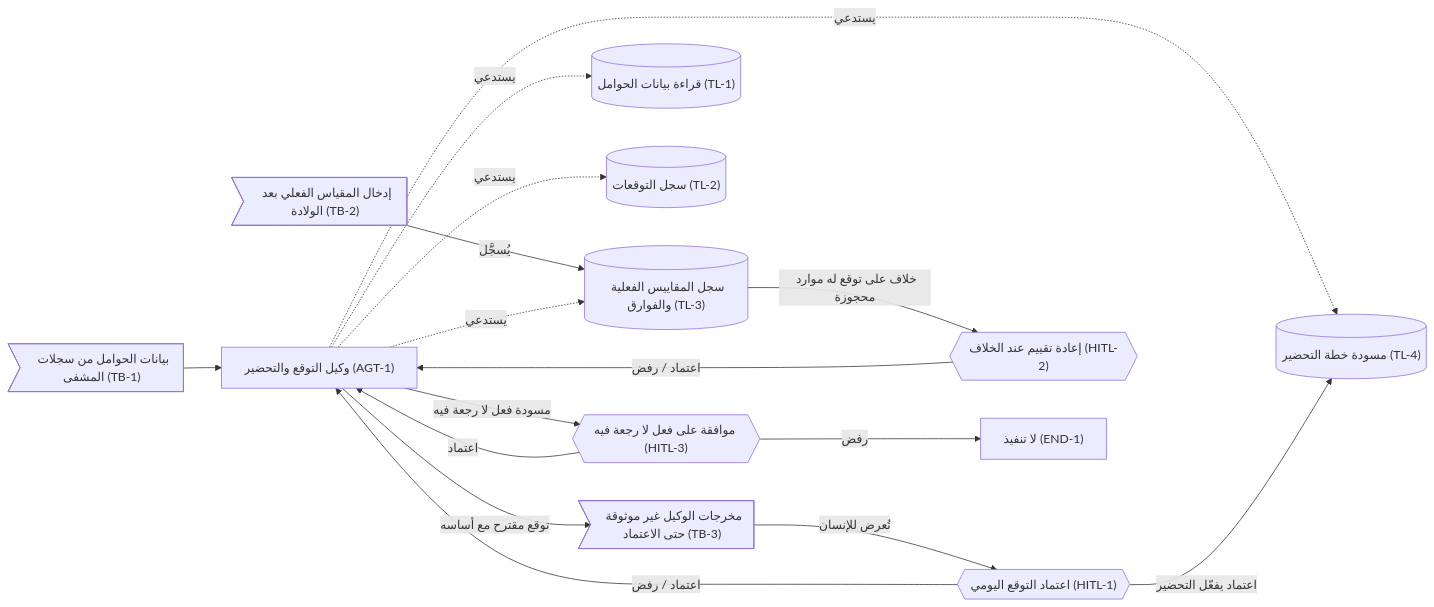
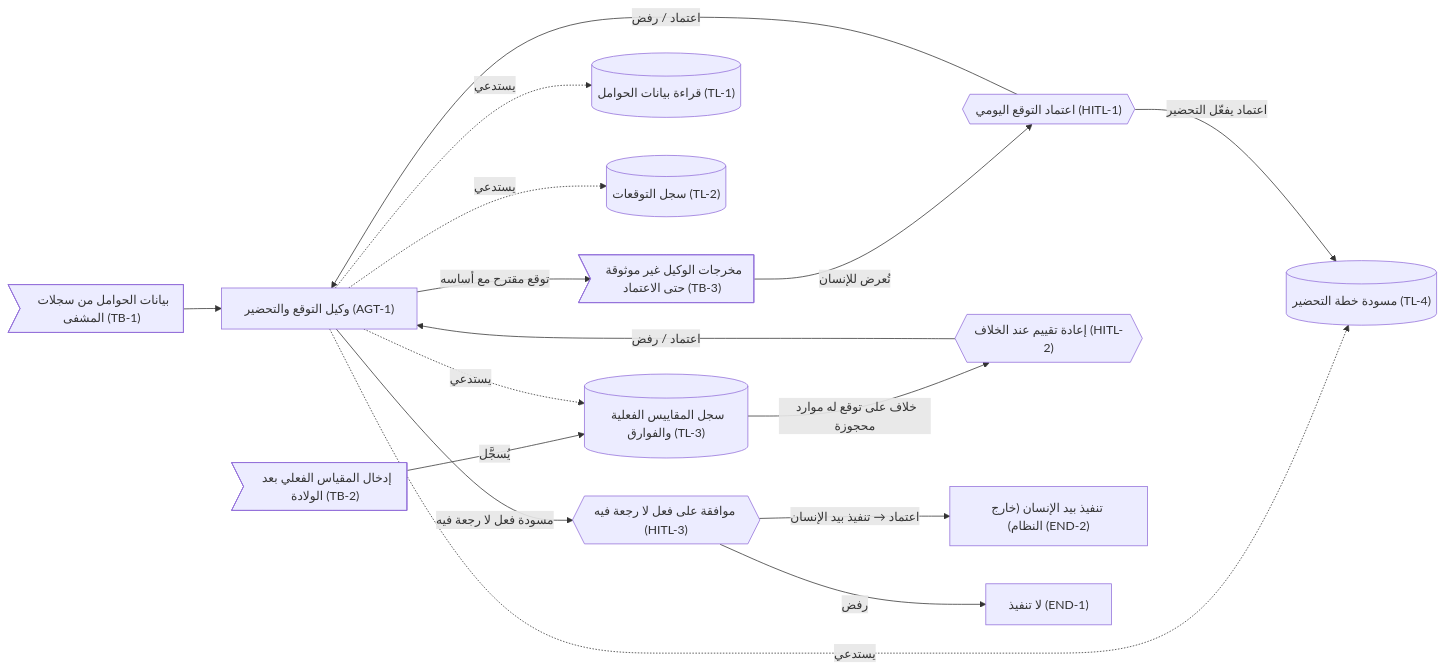
The diagram in AGENTE/AGENTE_s1_graph.mmd (samshalayel/my-office), drawn with Mermaid before and after one commit.

Commit message:
S1: HITL-3 approval -> END-2 human execution node, agent has no execution tool (DEC-9)

```diff
--- a/AGENTE/AGENTE_s1_graph.mmd
+++ b/AGENTE/AGENTE_s1_graph.mmd
@@ -1,16 +1,16 @@
 flowchart LR
   TB1>"بيانات الحوامل من سجلات المشفى (TB-1)"] --> AGT1["وكيل التوقع والتحضير (AGT-1)"]
   TB2>"إدخال المقياس الفعلي بعد الولادة (TB-2)"] -->|"يُسجَّل"| TL3[("سجل المقاييس الفعلية والفوارق (TL-3)")]
   AGT1 -.->|"يستدعي"| TL1[("قراءة بيانات الحوامل (TL-1)")]
   AGT1 -.->|"يستدعي"| TL2[("سجل التوقعات (TL-2)")]
   AGT1 -.->|"يستدعي"| TL3
   AGT1 -.->|"يستدعي"| TL4[("مسودة خطة التحضير (TL-4)")]
   AGT1 -->|"توقع مقترح مع أساسه"| TB3>"مخرجات الوكيل غير موثوقة حتى الاعتماد (TB-3)"]
   TB3 -->|"تُعرض للإنسان"| HITL1{{"اعتماد التوقع اليومي (HITL-1)"}}
   HITL1 -->|"اعتماد / رفض"| AGT1
   HITL1 -->|"اعتماد يفعّل التحضير"| TL4
   TL3 -->|"خلاف على توقع له موارد محجوزة"| HITL2{{"إعادة تقييم عند الخلاف (HITL-2)"}}
   HITL2 -->|"اعتماد / رفض"| AGT1
   AGT1 -->|"مسودة فعل لا رجعة فيه"| HITL3{{"موافقة على فعل لا رجعة فيه (HITL-3)"}}
-  HITL3 -->|"اعتماد"| AGT1
+  HITL3 -->|"اعتماد → تنفيذ بيد الإنسان"| END2["تنفيذ بيد الإنسان (خارج النظام) (END-2)"]
   HITL3 -->|"رفض"| END1["لا تنفيذ (END-1)"]
```
